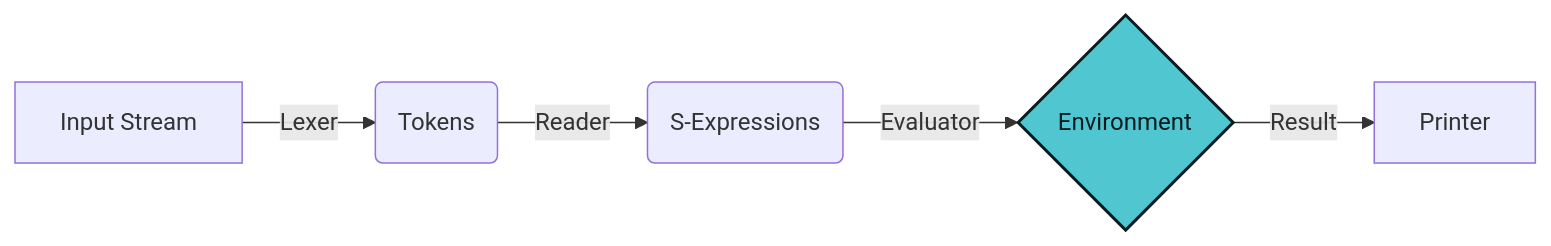
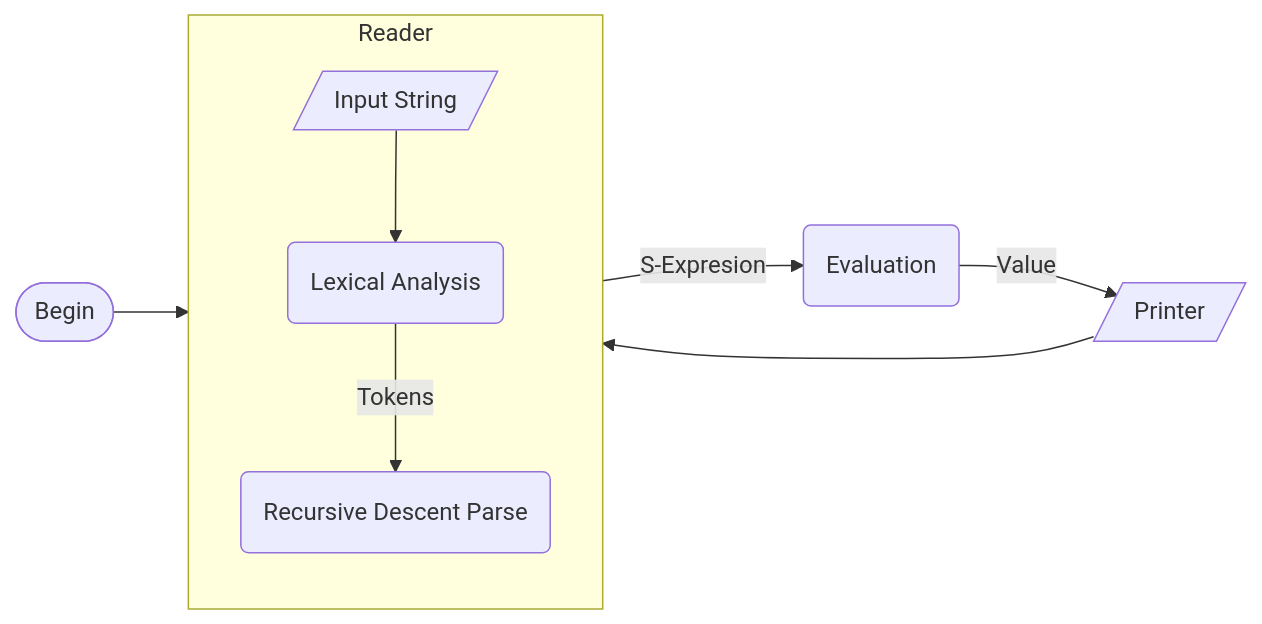
The diagram in Readme.md (swatson555/lisp), drawn with Mermaid before and after one commit. The commit also changed other lines of this file, not shown here.

Commit message:
docs: fix the flowchart

````diff
--- a/Readme.md
+++ b/Readme.md
@@ -13,8 +13,11 @@
 ```mermaid
-graph LR
-    A[Input Stream] -->|Lexer| B(Tokens)
-    B -->|Reader| C(S-Expressions)
-    C -->|Evaluator| D{Environment}
-    D -->|Result| E[Printer]
-    style D fill:#50C6D1,stroke:#0B1B1F,stroke-width:2px,color:#0B1B1F
+flowchart LR
+    A([Begin]) --> Reader
+    subgraph Reader
+        B[/Input String/] --> C(Lexical Analysis)
+        C -->|Tokens| D(Recursive Descent Parse)
+    end
+    Reader -->|S-Expresion| E(Evaluation)
+    E -->|Value| F[/Printer/]
+    F[/Printer/] --> Reader
 ```
````
